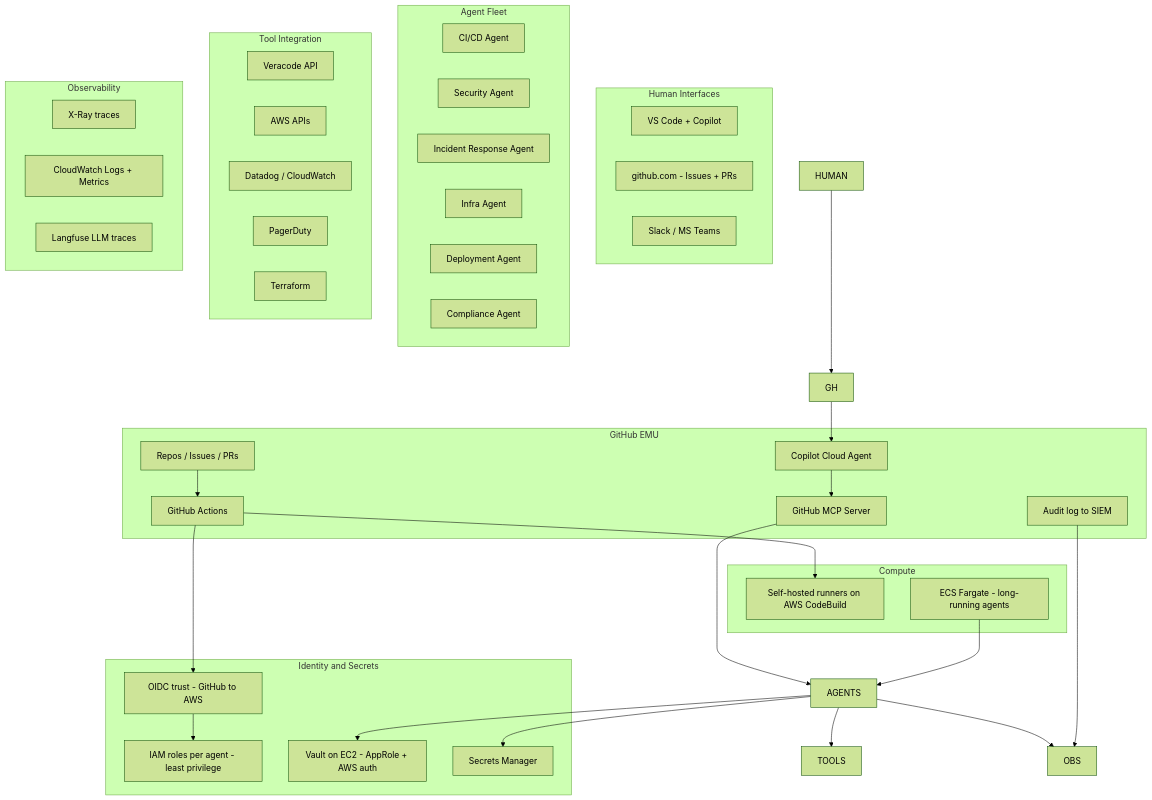
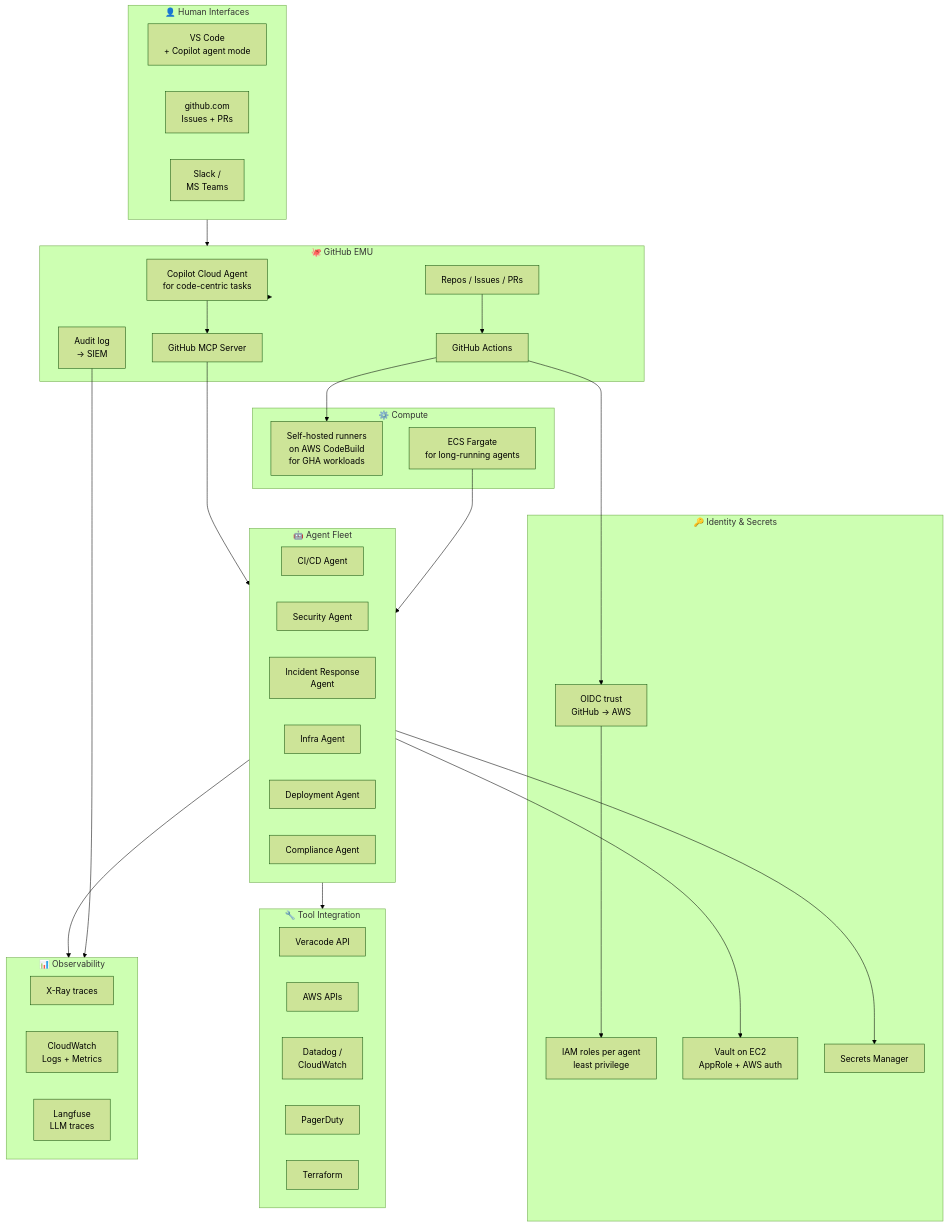
Before and after one commit to aba-d/demogitactions: diagram 12 of 13 in DevOps Agent Learning.md, drawn with Mermaid (forest theme). The commit also changed other lines of this file, not shown here.

Commit message:
SCRUM-31 Added the new file updated with new one agent

````diff
--- a/DevOps Agent Learning.md
+++ b/DevOps Agent Learning.md
@@ -1000,68 +1278,68 @@
 ```mermaid
 flowchart TB
-    subgraph Human Interfaces
-        VSC[VS Code + Copilot]
-        BROWSER[github.com - Issues + PRs]
-        SLACK[Slack / MS Teams]
+    subgraph HUMAN["👤 Human Interfaces"]
+        VSC["VS Code<br/>+ Copilot agent mode"]
+        BROWSER["github.com<br/>Issues + PRs"]
+        SLACK["Slack /<br/>MS Teams"]
     end
 
-    subgraph GitHub EMU
-        CCA[Copilot Cloud Agent]
-        REPOS[Repos / Issues / PRs]
+    subgraph GH["🐙 GitHub EMU"]
+        CCA["Copilot Cloud Agent<br/>for code-centric tasks"]
+        REPOS["Repos / Issues / PRs"]
         ACT[GitHub Actions]
         MCP[GitHub MCP Server]
-        AUDIT[Audit log to SIEM]
+        AUDIT["Audit log<br/>→ SIEM"]
     end
 
-    subgraph Identity and Secrets
-        OIDC[OIDC trust - GitHub to AWS]
-        IAM[IAM roles per agent - least privilege]
-        VAULT[Vault on EC2 - AppRole + AWS auth]
+    subgraph IDENT["🔑 Identity & Secrets"]
+        OIDC["OIDC trust<br/>GitHub → AWS"]
+        IAM["IAM roles per agent<br/>least privilege"]
+        VAULT["Vault on EC2<br/>AppRole + AWS auth"]
         SM[Secrets Manager]
     end
 
-    subgraph Compute
-        CB[Self-hosted runners on AWS CodeBuild]
-        ECS[ECS Fargate - long-running agents]
+    subgraph RUNNERS["⚙️ Compute"]
+        CB["Self-hosted runners<br/>on AWS CodeBuild<br/>for GHA workloads"]
+        ECS["ECS Fargate<br/>for long-running agents"]
     end
 
-    subgraph Agent Fleet
-        CICD[CI/CD Agent]
+    subgraph AGENTS["🤖 Agent Fleet"]
+        CICD["CI/CD Agent"]
         SEC[Security Agent]
-        IR[Incident Response Agent]
+        IR["Incident Response<br/>Agent"]
         INFRA[Infra Agent]
         DEP[Deployment Agent]
         COMP[Compliance Agent]
     end
 
-    subgraph Tool Integration
+    subgraph TOOLS["🔧 Tool Integration"]
         VC[Veracode API]
         AWSAPI[AWS APIs]
-        DD[Datadog / CloudWatch]
+        DD["Datadog /<br/>CloudWatch"]
         PD[PagerDuty]
         TF[Terraform]
     end
 
-    subgraph Observability
+    subgraph OBS["📊 Observability"]
         XR[X-Ray traces]
-        CW[CloudWatch Logs + Metrics]
-        LF[Langfuse LLM traces]
+        CW["CloudWatch<br/>Logs + Metrics"]
+        LF["Langfuse<br/>LLM traces"]
     end
 
     HUMAN --> GH
     GH --> CCA
     CCA --> MCP --> AGENTS
 
     REPOS --> ACT
     ACT --> CB
     ACT --> OIDC --> IAM
 
     ECS --> AGENTS
 
     AGENTS --> TOOLS
     AGENTS --> VAULT
     AGENTS --> SM
 
     AGENTS --> OBS
     AUDIT --> OBS
 ```
````
